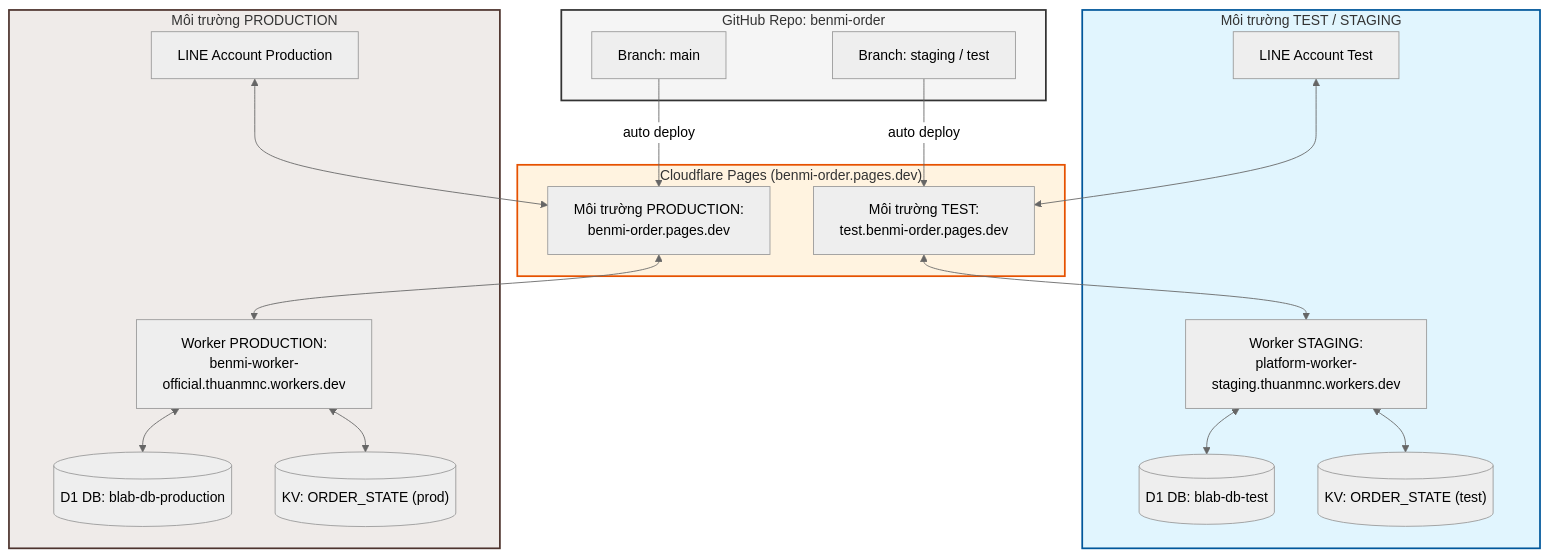
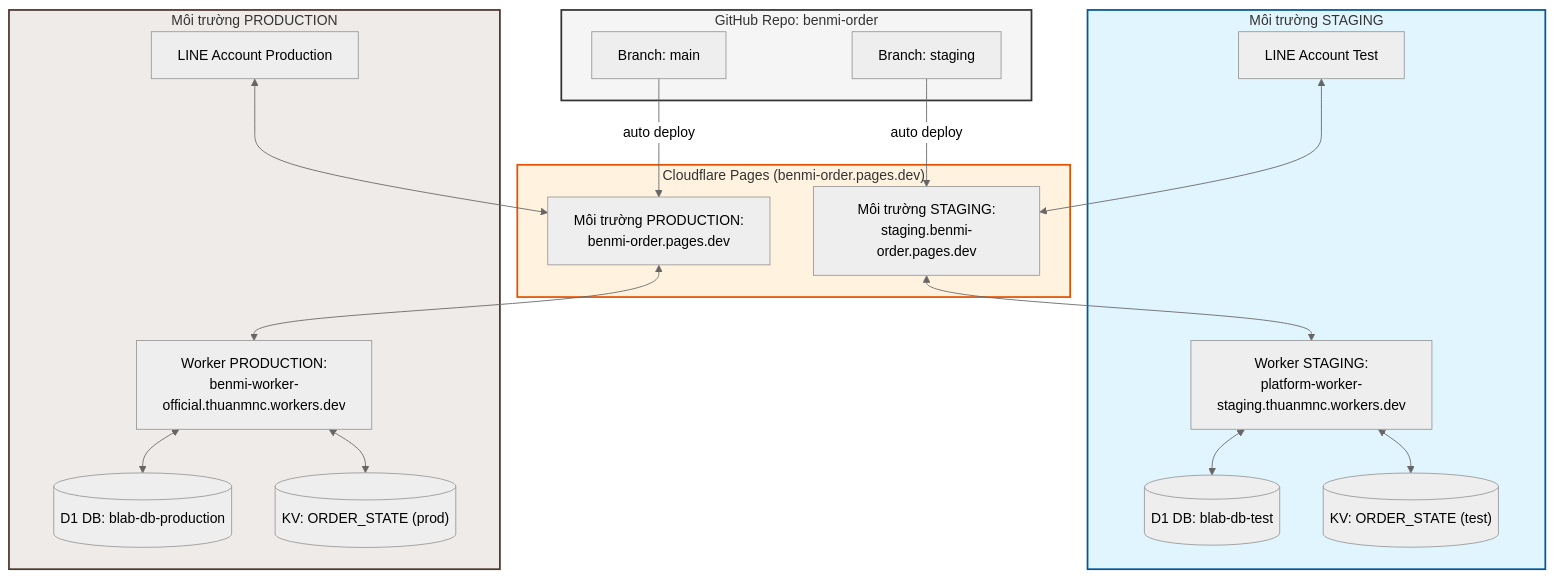
Before and after one commit to Thuanmai56/benmi-order: the first of 2 diagrams in README.md, drawn with Mermaid (neutral theme). The commit also changed other lines of this file, not shown here.

Commit message:
docs: update staging URL to staging.benmi-order.pages.dev

````diff
--- a/README.md
+++ b/README.md
@@ -13,34 +13,34 @@
 ```mermaid
 graph TD
     subgraph github ["GitHub Repo: benmi-order"]
-        BranchStaging["Branch: staging / test"]
+        BranchStaging["Branch: staging"]
         BranchMain["Branch: main"]
     end
 
     subgraph pages ["Cloudflare Pages (benmi-order.pages.dev)"]
-        SubTest["Môi trường TEST:<br>test.benmi-order.pages.dev"]
+        SubStaging["Môi trường STAGING:<br>staging.benmi-order.pages.dev"]
         SubProd["Môi trường PRODUCTION:<br>benmi-order.pages.dev"]
     end
 
-    BranchStaging -- "auto deploy" --> SubTest
+    BranchStaging -- "auto deploy" --> SubStaging
     BranchMain -- "auto deploy" --> SubProd
 
-    subgraph test_env ["Môi trường TEST / STAGING"]
-        A1[LINE Account Test] <--> SubTest
-        SubTest <--> C1["Worker STAGING:<br>platform-worker-staging.thuanmnc.workers.dev"]
+    subgraph test_env ["Môi trường STAGING"]
+        A1[LINE Account Test] <--> SubStaging
+        SubStaging <--> C1["Worker STAGING:<br>platform-worker-staging.thuanmnc.workers.dev"]
         C1 <--> D1_DB[("D1 DB: blab-db-test")]
         C1 <--> KV1[("KV: ORDER_STATE (test)")]
     end
 
     subgraph prod_env ["Môi trường PRODUCTION"]
         A2[LINE Account Production] <--> SubProd
         SubProd <--> C2["Worker PRODUCTION:<br>benmi-worker-official.thuanmnc.workers.dev"]
         C2 <--> D2_DB[("D1 DB: blab-db-production")]
         C2 <--> KV2[("KV: ORDER_STATE (prod)")]
     end
 
     style github fill:#f5f5f5,stroke:#333,stroke-width:2px
     style pages fill:#fff3e0,stroke:#e65100,stroke-width:2px
     style test_env fill:#e1f5fe,stroke:#01579b,stroke-width:2px
     style prod_env fill:#efebe9,stroke:#4e342e,stroke-width:2px
 ```
````
